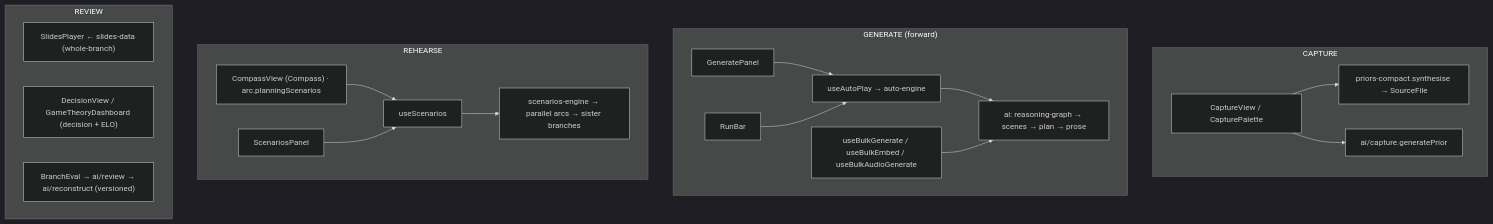
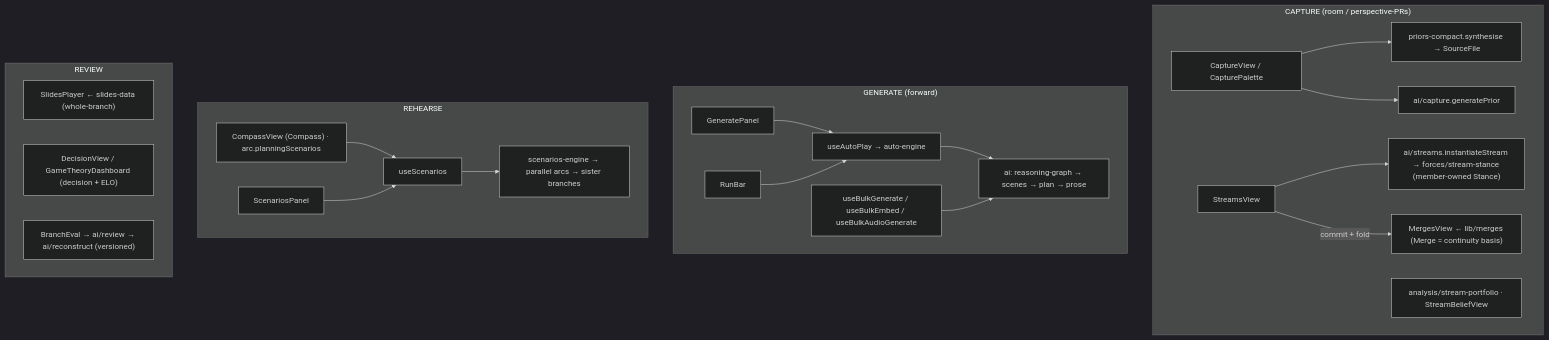
One commit to jasonyu0100/meridians changed the sixth of 7 diagrams in MERMAID.md. Above: the diagram before and after it, drawn with Mermaid (dark theme). The commit also changed other lines of this file and 90 other files, not shown here.

Commit message:
implementing roadmap

````diff
--- a/MERMAID.md
+++ b/MERMAID.md
@@ -146,23 +154,26 @@
 ```mermaid
 flowchart TB
-    subgraph Capture["CAPTURE"]
+    subgraph Capture["CAPTURE (room / perspective-PRs)"]
         DriverC["CaptureView / CapturePalette"] --> dd["priors-compact.synthesise → SourceFile"]
         DriverC --> aiDriver["ai/capture.generatePrior"]
+        StreamsC["StreamsView"] --> aiStream["ai/streams.instantiateStream → forces/stream-stance (member-owned Stance)"]
+        StreamsC -->|"commit + fold"| MergesC["MergesView ← lib/merges (Merge = continuity basis)"]
+        StreamPort["analysis/stream-portfolio · StreamBeliefView"]
     end
     subgraph Generate["GENERATE (forward)"]
         GP["GeneratePanel"] --> AutoH["useAutoPlay → auto-engine"]
         MCB["RunBar"] --> AutoH
         AutoH --> aiScenes["ai: reasoning-graph → scenes → plan → prose"]
         BulkH["useBulkGenerate / useBulkEmbed / useBulkAudioGenerate"] --> aiScenes
     end
     subgraph Rehearse["REHEARSE"]
         Compass["CompassView (Compass) · arc.planningScenarios"] --> useSc["useScenarios"]
         ScP["ScenariosPanel"] --> useSc
         useSc --> ScEng["scenarios-engine → parallel arcs → sister branches"]
     end
     subgraph Review["REVIEW"]
         Slides["SlidesPlayer ← slides-data (whole-branch)"]
         GTView["DecisionView / GameTheoryDashboard (decision + ELO)"]
         BranchEval["BranchEval → ai/review → ai/reconstruct (versioned)"]
     end
 ```
````
